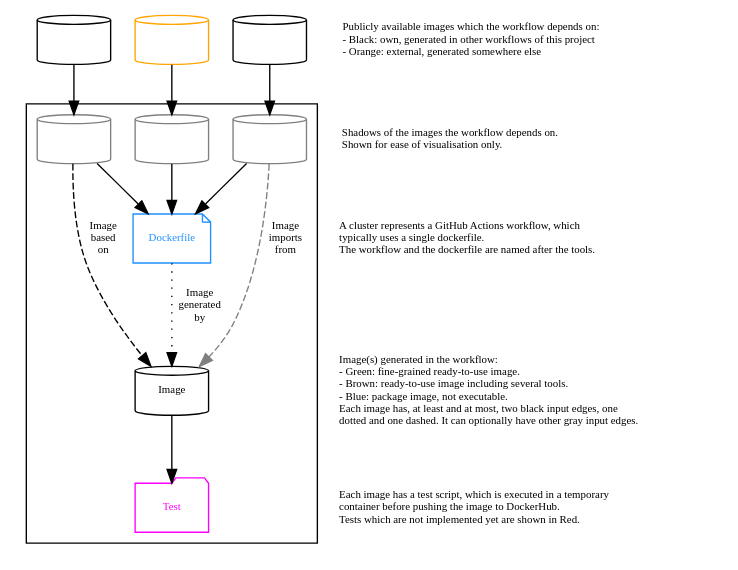
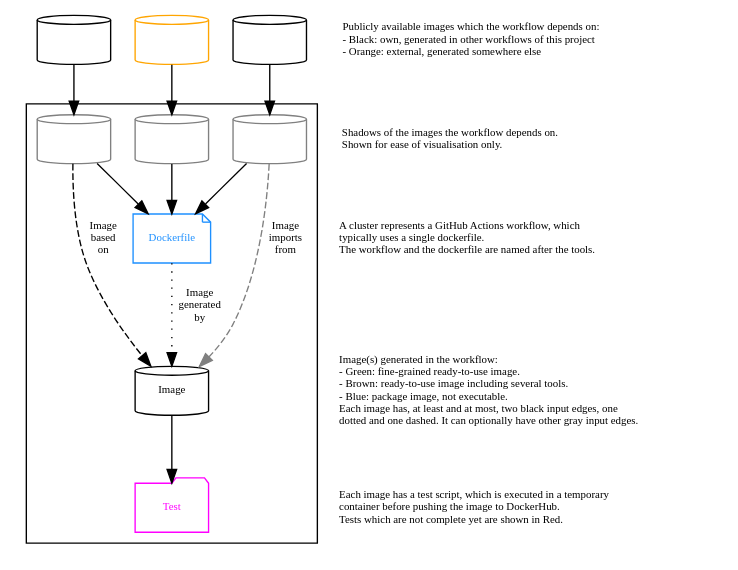
One commit to hdl/containers changed the diagram in graph/legend.dot. Above: the diagram before and after it, drawn with Graphviz. The commit also changed 42 other files, not shown here.

Commit message:
ci: add dockerTestPkg helper script

```diff
--- a/graph/legend.dot
+++ b/graph/legend.dot
@@ -1,54 +1,54 @@
 digraph G {
 
   #splines=polyline; #curved
   newrank=true;
   node [fontsize=8];
   edge [fontsize=8];
 
   { rank=same
     image_ext [shape=cylinder, color=orange, fontcolor=orange, label=""];
     image_hdl [shape=cylinder, label=""];
     image_hdlpkg [shape=cylinder, label=""];
     deps [shape=none, label="Publicly available images which the workflow depends on:\l- Black: own, generated in other workflows of this project\l- Orange: external, generated somewhere else\l"]
   }
 
   subgraph cluster_legend {
     test [shape=folder, color=magenta, fontcolor=magenta, label="Test"];
     image [shape=cylinder, label="Image"];
     image_base [shape=cylinder, color=grey, fontcolor=grey, label=""];
     image_dep [shape=cylinder, color=grey, fontcolor=grey, label=""];
     image_pkg [shape=cylinder, color=grey, fontcolor=grey, label=""];
     dockerfile [shape=note, color=dodgerblue, fontcolor=dodgerblue, label="Dockerfile"];
     {
       image_base,
       image_dep,
       image_pkg
     } -> dockerfile;
     dockerfile -> image [style=dotted, label="Image\ngenerated\nby"];
     image_base -> image [style=dashed, label="Image\nbased\non"];
     image_pkg -> image [style=dashed, color=gray, label="Image\nimports\nfrom"];
     image -> test;
   }
   { rank=same
     image_base
     image_dep
     image_pkg
     shadow [shape=none, label="Shadows of the images the workflow depends on.\lShown for ease of visualisation only.\l"];
   }
   { rank=same
     dockerfile
     workflow [shape=none, label="A cluster represents a GitHub Actions workflow, which\ltypically uses a single dockerfile.\l The workflow and the dockerfile are named after the tools.\l"];
   }
   { rank=same
     image
     desc [shape=none, label="Image(s) generated in the workflow:\l- Green: fine-grained ready-to-use image.\l- Brown: ready-to-use image including several tools.\l- Blue: package image, not executable.\lEach image has, at least and at most, two black input edges, one\ldotted and one dashed. It can optionally have other gray input edges.\l"];
   }
   { rank=same
     test
-    test_desc [shape=none, label="Each image has a test script, which is executed in a temporary\lcontainer before pushing the image to DockerHub.\lTests which are not implemented yet are shown in Red.\l"];
+    test_desc [shape=none, label="Each image has a test script, which is executed in a temporary\lcontainer before pushing the image to DockerHub.\lTests which are not complete yet are shown in Red.\l"];
   }
   image_ext -> image_dep;
   image_hdl -> image_base;
   image_hdlpkg -> image_pkg;
 
 }
```
